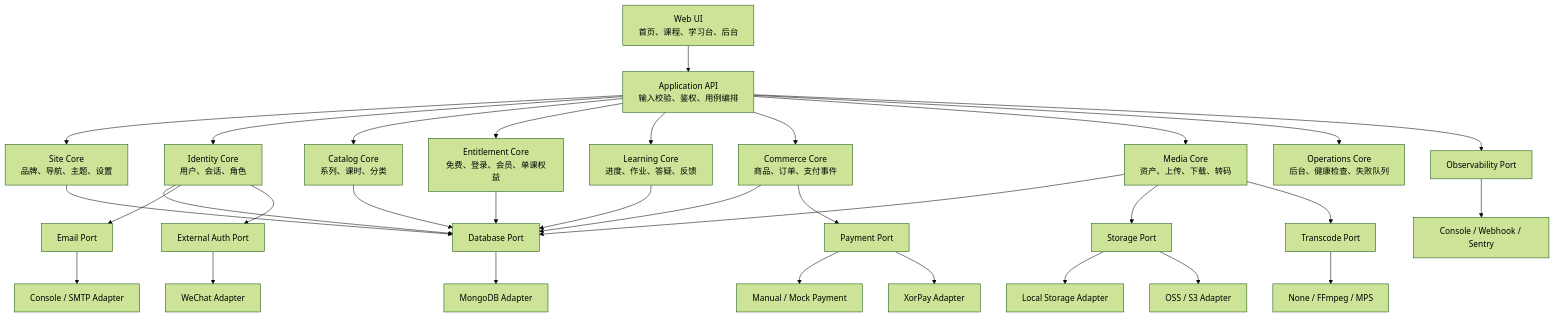
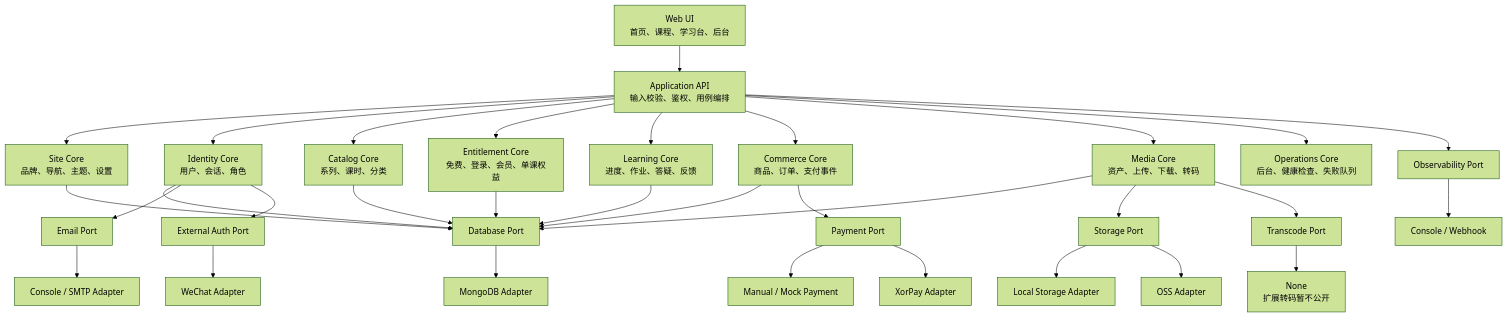
One commit to CzzzzzzJ/mdldm-knowledge-kit changed the first of 7 diagrams in ARCHITECTURE.md. Above: the diagram before and after it, drawn with Mermaid (forest theme). The commit also changed other lines of this file and 118 other files, not shown here.

````diff
--- a/ARCHITECTURE.md
+++ b/ARCHITECTURE.md
@@ -5,67 +5,67 @@
 ```mermaid
 flowchart TB
     UI["Web UI<br/>首页、课程、学习台、后台"]
     API["Application API<br/>输入校验、鉴权、用例编排"]
 
     Site["Site Core<br/>品牌、导航、主题、设置"]
     Identity["Identity Core<br/>用户、会话、角色"]
     Catalog["Catalog Core<br/>系列、课时、分类"]
     Entitlement["Entitlement Core<br/>免费、登录、会员、单课权益"]
     Learning["Learning Core<br/>进度、作业、答疑、反馈"]
     Commerce["Commerce Core<br/>商品、订单、支付事件"]
     Media["Media Core<br/>资产、上传、下载、转码"]
     Operations["Operations Core<br/>后台、健康检查、失败队列"]
 
     DatabasePort["Database Port"]
     StoragePort["Storage Port"]
     PaymentPort["Payment Port"]
     EmailPort["Email Port"]
     TranscodePort["Transcode Port"]
     ObservabilityPort["Observability Port"]
     AuthPort["External Auth Port"]
 
     Mongo["MongoDB Adapter"]
     LocalStorage["Local Storage Adapter"]
-    ObjectStorage["OSS / S3 Adapter"]
+    ObjectStorage["OSS Adapter"]
     ManualPay["Manual / Mock Payment"]
     XorPay["XorPay Adapter"]
     Mail["Console / SMTP Adapter"]
-    Video["None / FFmpeg / MPS"]
-    Alerts["Console / Webhook / Sentry"]
+    Video["None<br/>扩展转码暂不公开"]
+    Alerts["Console / Webhook"]
     WeChat["WeChat Adapter"]
 
     UI --> API
     API --> Site
     API --> Identity
     API --> Catalog
     API --> Entitlement
     API --> Learning
     API --> Commerce
     API --> Media
     API --> Operations
 
     Site --> DatabasePort
     Identity --> DatabasePort
     Catalog --> DatabasePort
     Entitlement --> DatabasePort
     Learning --> DatabasePort
     Commerce --> DatabasePort
     Media --> DatabasePort
 
     Media --> StoragePort
     Media --> TranscodePort
     Commerce --> PaymentPort
     Identity --> EmailPort
     API --> ObservabilityPort
     Identity --> AuthPort
 
     DatabasePort --> Mongo
     StoragePort --> LocalStorage
     StoragePort --> ObjectStorage
     PaymentPort --> ManualPay
     PaymentPort --> XorPay
     EmailPort --> Mail
     TranscodePort --> Video
     ObservabilityPort --> Alerts
     AuthPort --> WeChat
 ```
````
